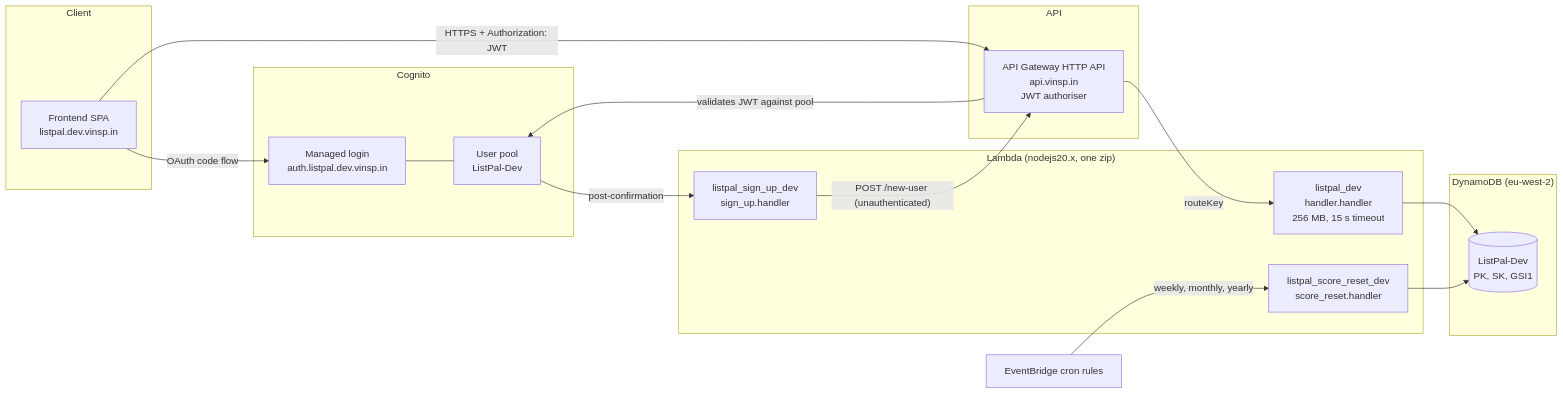
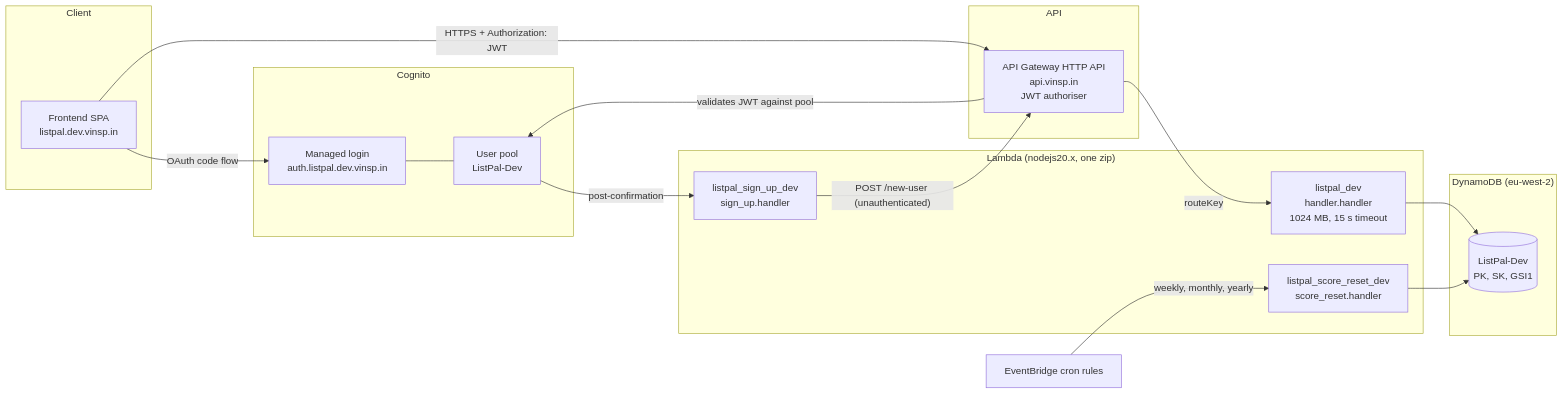
Before and after one commit to TomBenjaminMorris/listpal-backend: the first of 7 diagrams in ARCHITECTURE.md, drawn with Mermaid. The commit also changed other lines of this file and 2 other files, not shown here.

Commit message:
Raise API throttling to 50/100 and Lambda memory to 1024 MB
A single board load makes 3-4 requests, so the stage-wide 10/10 limit
throttled ordinary use across users and tabs. The module copies the
default onto every route, so all 14 routes change too.

Lambda CPU scales with memory, and request work is CPU-bound: at 1024 MB
the median duration fell from 58 ms to 14 ms. Already applied to Dev.

````diff
--- a/ARCHITECTURE.md
+++ b/ARCHITECTURE.md
@@ -62,38 +62,38 @@
 ```mermaid
 flowchart LR
     subgraph Client
         FE["Frontend SPA<br/>listpal.dev.vinsp.in"]
     end
 
     subgraph Auth["Cognito"]
         UP["User pool<br/>ListPal-Dev"]
         HUI["Managed login<br/>auth.listpal.dev.vinsp.in"]
     end
 
     subgraph Edge["API"]
         APIGW["API Gateway HTTP API<br/>api.vinsp.in<br/>JWT authoriser"]
     end
 
     subgraph Compute["Lambda (nodejs20.x, one zip)"]
-        L1["listpal_dev<br/>handler.handler<br/>256 MB, 15 s timeout"]
+        L1["listpal_dev<br/>handler.handler<br/>1024 MB, 15 s timeout"]
         L2["listpal_sign_up_dev<br/>sign_up.handler"]
         L3["listpal_score_reset_dev<br/>score_reset.handler"]
     end
 
     subgraph Data["DynamoDB (eu-west-2)"]
         T1[("ListPal-Dev<br/>PK, SK, GSI1")]
     end
 
     EB["EventBridge cron rules"]
 
     FE -->|"OAuth code flow"| HUI
     HUI --- UP
     FE -->|"HTTPS + Authorization: JWT"| APIGW
     APIGW -->|"validates JWT against pool"| UP
     APIGW -->|"routeKey"| L1
     L1 --> T1
     UP -->|"post-confirmation"| L2
     L2 -->|"POST /new-user (unauthenticated)"| APIGW
     EB -->|"weekly, monthly, yearly"| L3
     L3 --> T1
 ```
````
